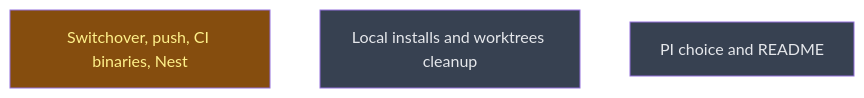
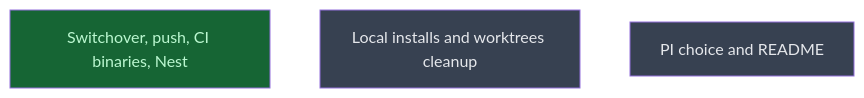
One commit to CrackingShells/Murmuration changed the diagram in __roadmap__/claude_code_release/next/next/next/README.md. Above: the diagram before and after it, drawn with Mermaid. The commit also changed other lines of this file and 2 other files, not shown here.

First line of the commit message:
docs(roadmap): record the Nest listing and the first install from it

````diff
--- a/__roadmap__/claude_code_release/next/next/next/README.md
+++ b/__roadmap__/claude_code_release/next/next/next/README.md
@@ -16,11 +16,11 @@
 ```mermaid
 graph TD
-    publish[Switchover, push, CI binaries, Nest]:::inprogress
+    publish[Switchover, push, CI binaries, Nest]:::done
     local_cleanup[Local installs and worktrees cleanup]:::planned
     next[PI choice and README]:::planned
     classDef done       fill:#166534,color:#bbf7d0
     classDef inprogress fill:#854d0e,color:#fef08a
     classDef planned    fill:#374151,color:#e5e7eb
     classDef amendment  fill:#1e3a5f,color:#bfdbfe
     classDef blocked    fill:#7f1d1d,color:#fecaca
 ```
````
